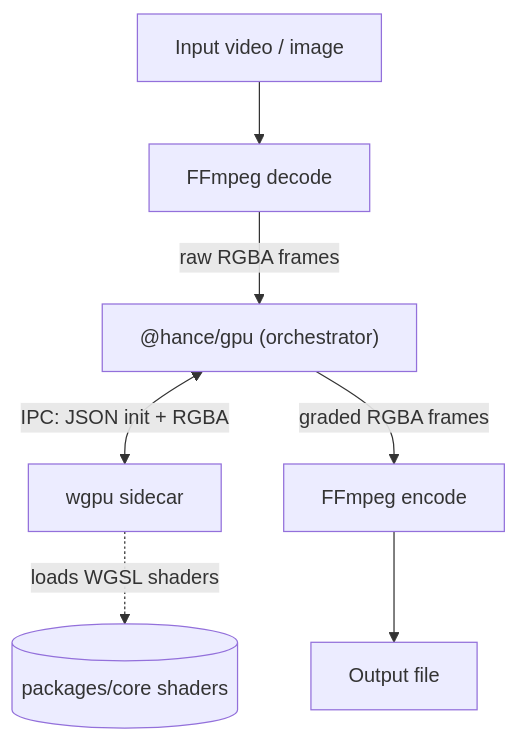
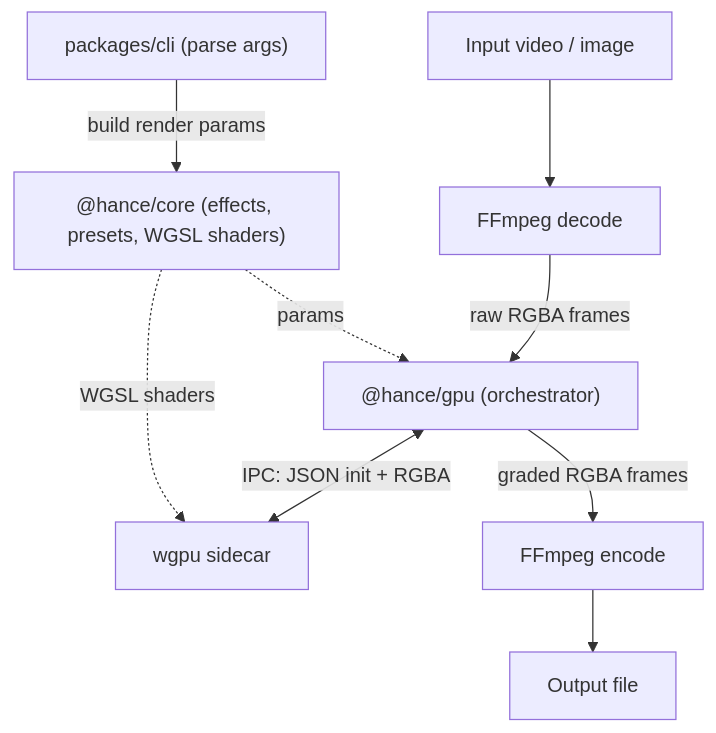
The first of 2 diagrams in packages/docs/src/content/docs/docs/architecture.md (Orva-Studio/hance), drawn with Mermaid before and after one commit. The commit also changed other lines of this file, not shown here.

First line of the commit message:
docs(architecture): add cli+core to CLI diagram, add UI path diagram

````diff
--- a/packages/docs/src/content/docs/docs/architecture.md
+++ b/packages/docs/src/content/docs/docs/architecture.md
@@ -20,9 +20,11 @@
 ```mermaid
 flowchart TB
+  cli["packages/cli (parse args)"] -->|build render params| core["@hance/core (effects, presets, WGSL shaders)"]
+  core -.->|params| gpu["@hance/gpu (orchestrator)"]
+  core -.->|WGSL shaders| sidecar[wgpu sidecar]
   input[Input video / image] --> decode[FFmpeg decode]
-  decode -->|raw RGBA frames| gpu["@hance/gpu (orchestrator)"]
-  gpu <-->|"IPC: JSON init + RGBA"| sidecar[wgpu sidecar]
-  sidecar -.->|loads WGSL shaders| shaders[(packages/core shaders)]
+  decode -->|raw RGBA frames| gpu
+  gpu <-->|"IPC: JSON init + RGBA"| sidecar
   gpu -->|graded RGBA frames| encode[FFmpeg encode]
   encode --> output[Output file]
 ```
````
